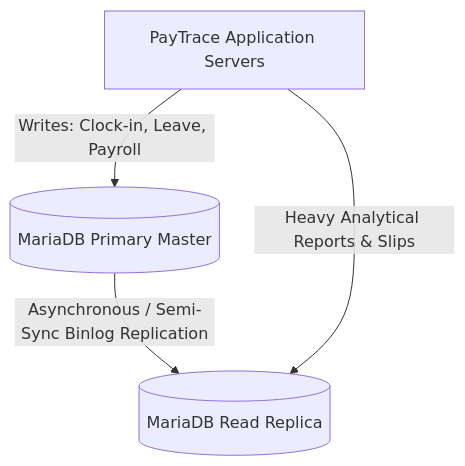
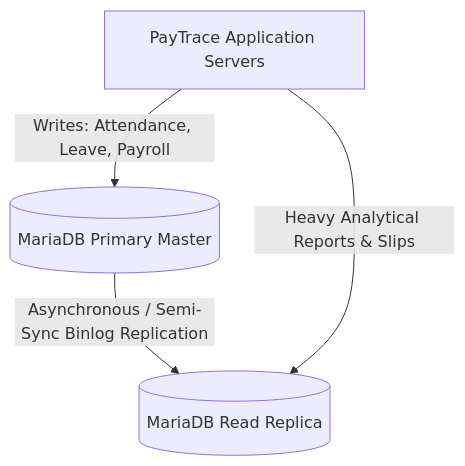
Before and after one commit to PulkitPradhan/PayTrace: the diagram in docs/phase-5/real-world-use-cases.md, drawn with Mermaid. The commit also changed other lines of this file and 47 other files, not shown here.

````diff
--- a/docs/phase-5/real-world-use-cases.md
+++ b/docs/phase-5/real-world-use-cases.md
@@ -59,6 +59,6 @@
 ```mermaid
 flowchart TD
-    App[PayTrace Application Servers] -->|Writes: Clock-in, Leave, Payroll| Primary[(MariaDB Primary Master)]
+    App[PayTrace Application Servers] -->|Writes: Attendance, Leave, Payroll| Primary[(MariaDB Primary Master)]
     Primary -->|Asynchronous / Semi-Sync Binlog Replication| Replica[(MariaDB Read Replica)]
     App -->|Heavy Analytical Reports & Slips| Replica
 ```
````
